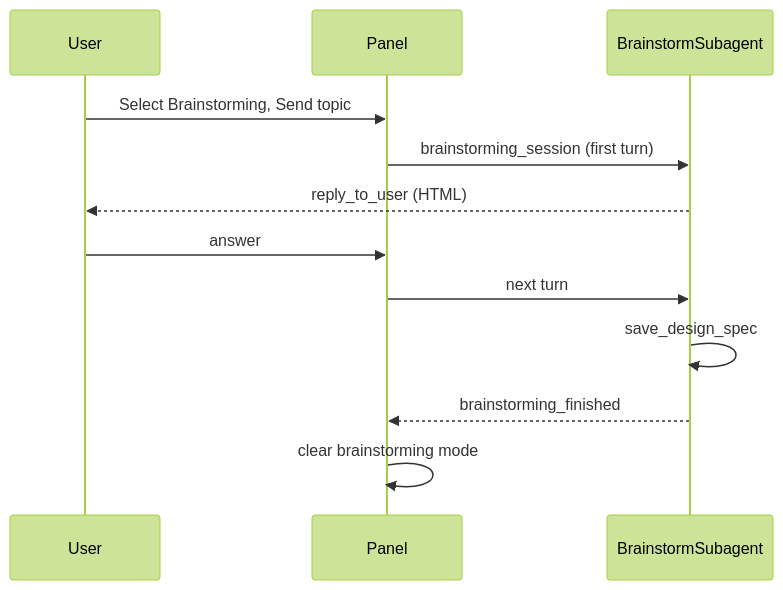
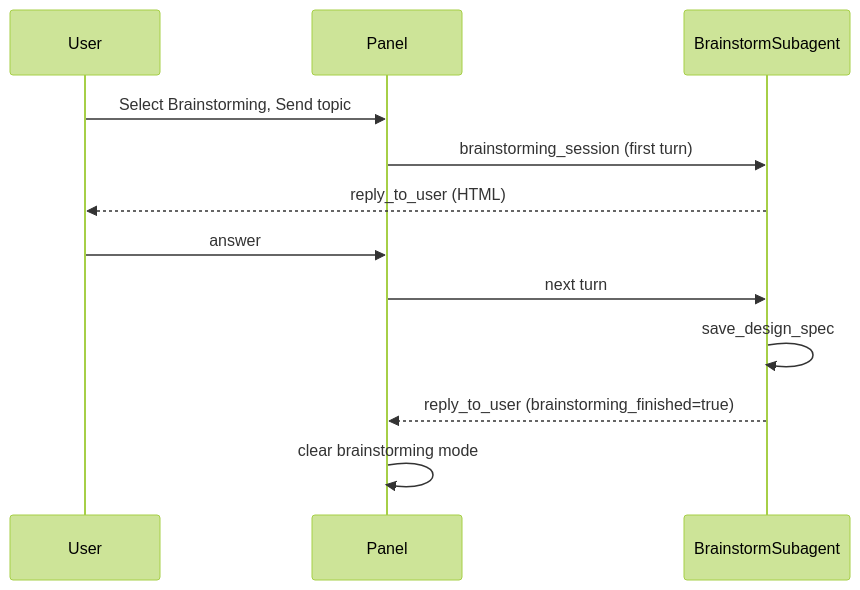
One commit to Augusto-Zolet/writeragent changed the diagram in docs/chat-brainstorming-mode.md. Above: the diagram before and after it, drawn with Mermaid (forest theme). The commit also changed other lines of this file and 13 other files, not shown here.

Commit message:
fold the switch to document mode feature into the reply_to_user tool call to hopefully make it easier on AIs

````diff
--- a/docs/chat-brainstorming-mode.md
+++ b/docs/chat-brainstorming-mode.md
@@ -17,15 +17,15 @@
 ```mermaid
 sequenceDiagram
     participant User
     participant Panel
     participant BrainstormSubagent
 
     User->>Panel: Select Brainstorming, Send topic
     Panel->>BrainstormSubagent: brainstorming_session (first turn)
     BrainstormSubagent-->>User: reply_to_user (HTML)
     User->>Panel: answer
     Panel->>BrainstormSubagent: next turn
     BrainstormSubagent->>BrainstormSubagent: save_design_spec
-    BrainstormSubagent-->>Panel: brainstorming_finished
+    BrainstormSubagent-->>Panel: reply_to_user (brainstorming_finished=true)
     Panel->>Panel: clear brainstorming mode
 ```
````
